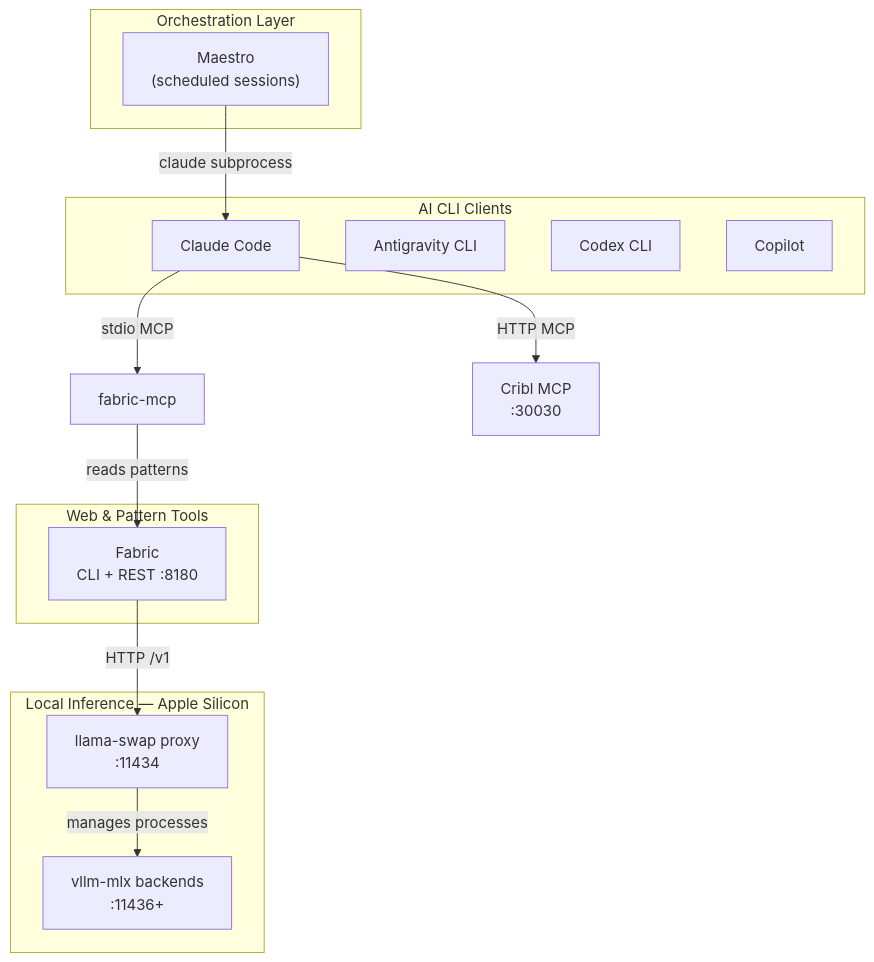
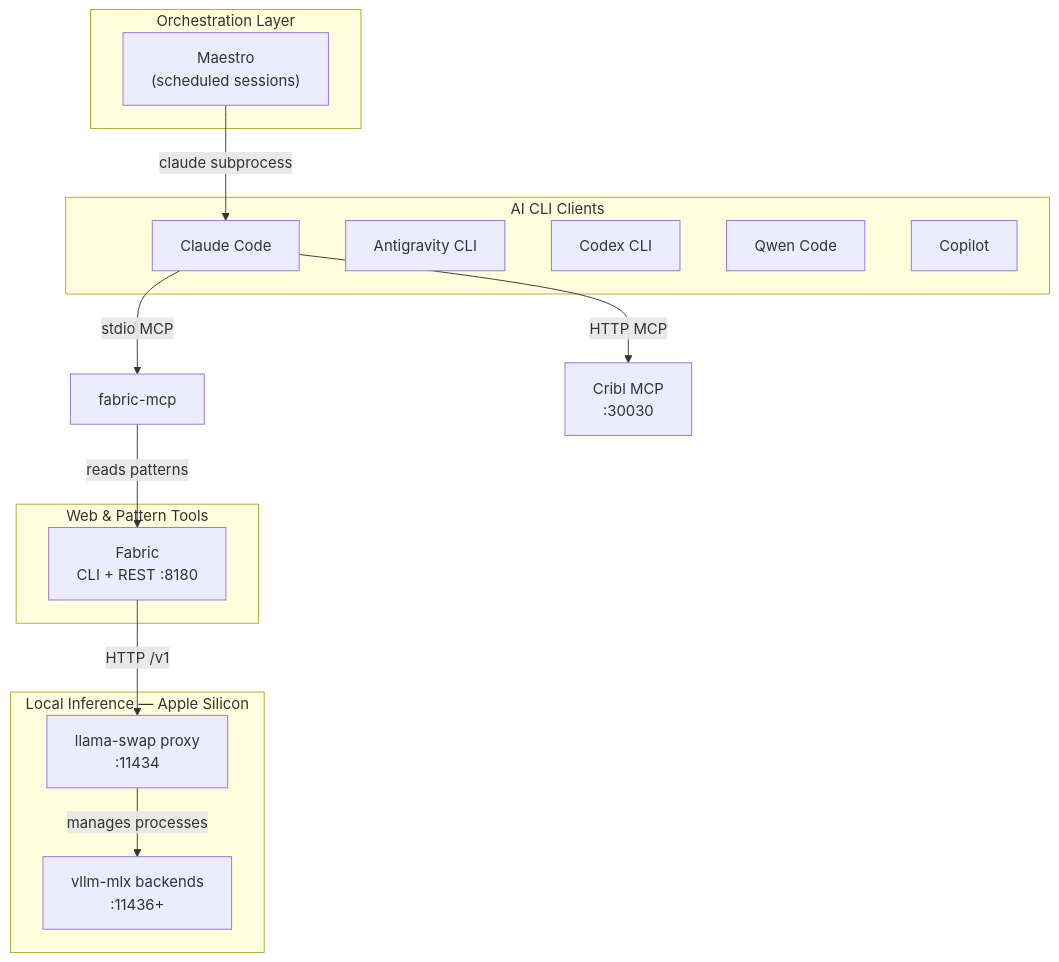
The first of 4 diagrams in docs/architecture/system-integration-map.md (dryvist/nix-ai), drawn with Mermaid before and after one commit. The commit also changed other lines of this file and 23 other files, not shown here.

````diff
--- a/docs/architecture/system-integration-map.md
+++ b/docs/architecture/system-integration-map.md
@@ -11,32 +11,33 @@
 ```mermaid
 graph TD
     subgraph Clients["AI CLI Clients"]
         CC["Claude Code"]
         GEM["Antigravity CLI"]
         CDX["Codex CLI"]
+        QWEN["Qwen Code"]
         COP["Copilot"]
     end
 
     subgraph Orchestration["Orchestration Layer"]
         MAE["Maestro\n(scheduled sessions)"]
     end
 
     subgraph LocalInference["Local Inference — Apple Silicon"]
         LS["llama-swap proxy\n:11434"]
         VLLM["vllm-mlx backends\n:11436+"]
     end
 
     subgraph WebTools["Web & Pattern Tools"]
         FAB["Fabric\nCLI + REST :8180"]
     end
 
     CC -->|stdio MCP| FAB_MCP["fabric-mcp"]
     CC -->|HTTP MCP| CRIBL["Cribl MCP\n:30030"]
     MAE -->|claude subprocess| CC
 
     FAB_MCP -->|reads patterns| FAB
 
     FAB -->|HTTP /v1| LS
 
     LS -->|manages processes| VLLM
 ```
````
